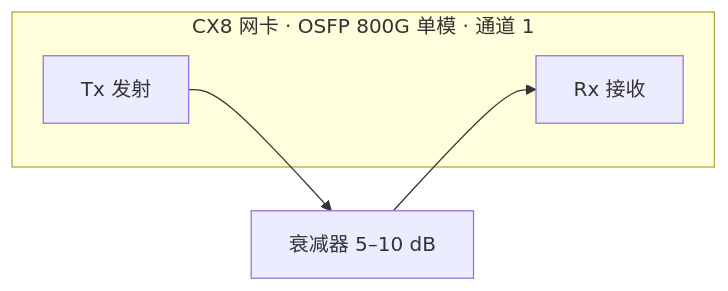
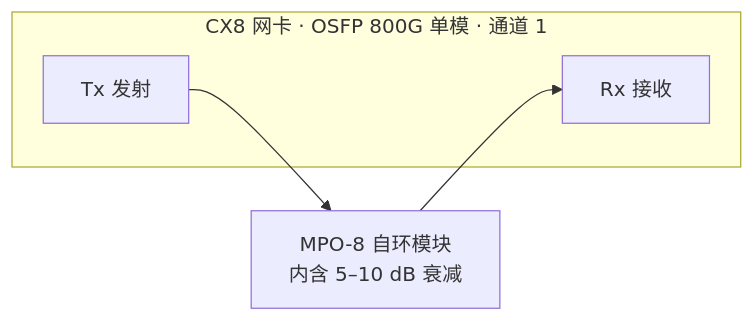
Before and after one commit to mengxidong-manager/nvidia: the third of 3 diagrams in docs/cx8-loopback.md, drawn with Mermaid. The commit also changed other lines of this file, not shown here.

Commit message:
更正：光模块接口为 MPO-8 APC 而非双工 LC，补充 Type-B 极性要求

````diff
--- a/docs/cx8-loopback.md
+++ b/docs/cx8-loopback.md
@@ -89,9 +90,9 @@
 ```mermaid
 graph LR
   subgraph C["CX8 网卡 · OSFP 800G 单模 · 通道 1"]
     TX["Tx 发射"]
     RX["Rx 接收"]
   end
-  TX --> ATT["衰减器 5–10 dB"]
+  TX --> ATT["MPO-8 自环模块<br/>内含 5–10 dB 衰减"]
   ATT --> RX
 ```
````
